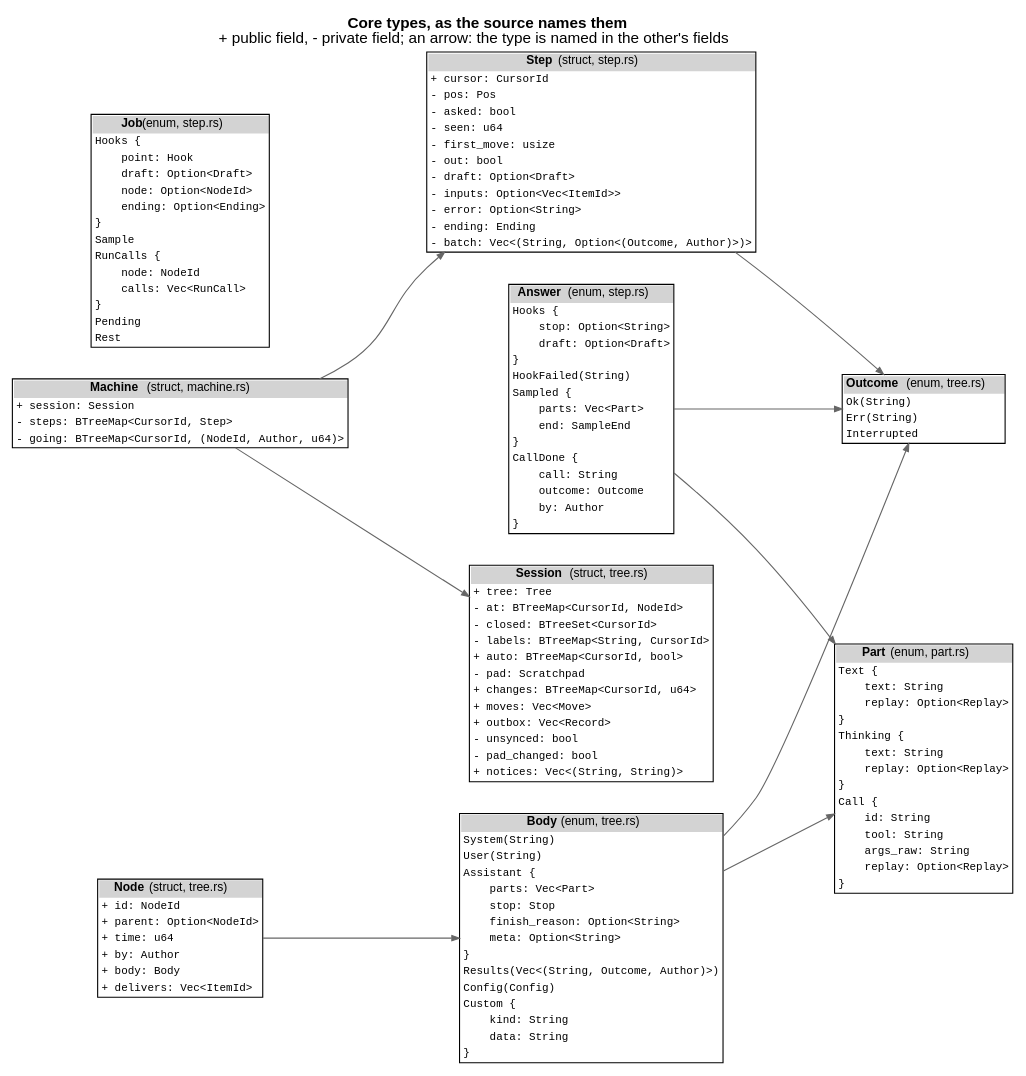
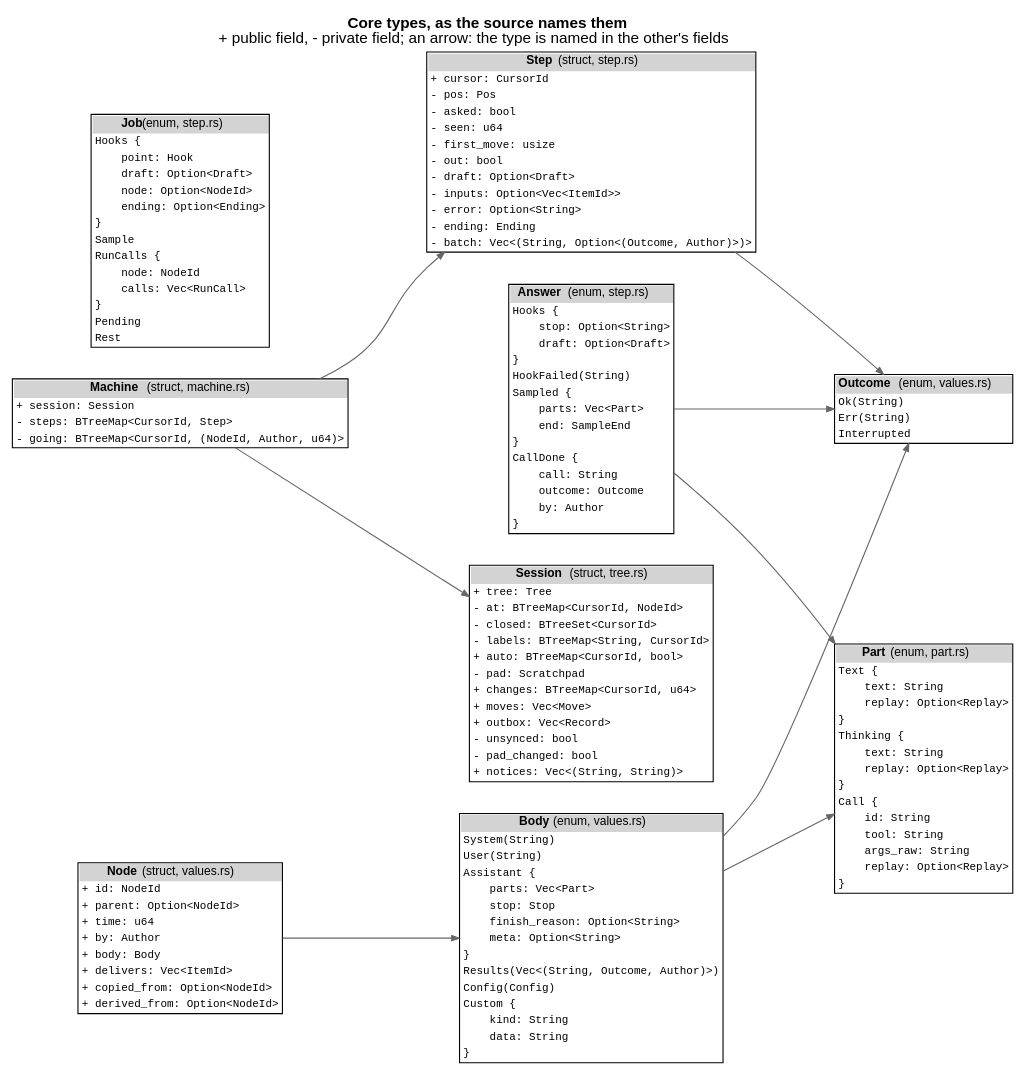
The diagram in docs/as-built/diagrams/types.dot (jmccardle/tau), drawn with Graphviz before and after one commit. The commit also changed 64 other files, not shown here.

```diff
--- a/docs/as-built/diagrams/types.dot
+++ b/docs/as-built/diagrams/types.dot
@@ -3,14 +3,14 @@
   graph [rankdir=LR, fontname="Helvetica", nodesep=0.4, ranksep=1.0, labelloc=t, label=<<b>Core types, as the source names them</b><br/>+ public field, - private field; an arrow: the type is named in the other's fields>];
   node [shape=plain, fontname="Helvetica", fontsize=11];
   edge [color="gray40", arrowsize=0.7];
-  "Body" [label=<<table border="1" cellborder="0" cellspacing="0"><tr><td bgcolor="lightgray"><b>Body</b> (enum, tree.rs)</td></tr><tr><td align="left" balign="left"><font face="Courier" point-size="10">System(String)</font></td></tr><tr><td align="left" balign="left"><font face="Courier" point-size="10">User(String)</font></td></tr><tr><td align="left" balign="left"><font face="Courier" point-size="10">Assistant&nbsp;{</font></td></tr><tr><td align="left" balign="left"><font face="Courier" point-size="10">&nbsp;&nbsp;&nbsp;&nbsp;parts:&nbsp;Vec&lt;Part&gt;</font></td></tr><tr><td align="left" balign="left"><font face="Courier" point-size="10">&nbsp;&nbsp;&nbsp;&nbsp;stop:&nbsp;Stop</font></td></tr><tr><td align="left" balign="left"><font face="Courier" point-size="10">&nbsp;&nbsp;&nbsp;&nbsp;finish_reason:&nbsp;Option&lt;String&gt;</font></td></tr><tr><td align="left" balign="left"><font face="Courier" point-size="10">&nbsp;&nbsp;&nbsp;&nbsp;meta:&nbsp;Option&lt;String&gt;</font></td></tr><tr><td align="left" balign="left"><font face="Courier" point-size="10">}</font></td></tr><tr><td align="left" balign="left"><font face="Courier" point-size="10">Results(Vec&lt;(String,&nbsp;Outcome,&nbsp;Author)&gt;)</font></td></tr><tr><td align="left" balign="left"><font face="Courier" point-size="10">Config(Config)</font></td></tr><tr><td align="left" balign="left"><font face="Courier" point-size="10">Custom&nbsp;{</font></td></tr><tr><td align="left" balign="left"><font face="Courier" point-size="10">&nbsp;&nbsp;&nbsp;&nbsp;kind:&nbsp;String</font></td></tr><tr><td align="left" balign="left"><font face="Courier" point-size="10">&nbsp;&nbsp;&nbsp;&nbsp;data:&nbsp;String</font></td></tr><tr><td align="left" balign="left"><font face="Courier" point-size="10">}</font></td></tr></table>>];
-  "Node" [label=<<table border="1" cellborder="0" cellspacing="0"><tr><td bgcolor="lightgray"><b>Node</b> (struct, tree.rs)</td></tr><tr><td align="left" balign="left"><font face="Courier" point-size="10">+&nbsp;id:&nbsp;NodeId</font></td></tr><tr><td align="left" balign="left"><font face="Courier" point-size="10">+&nbsp;parent:&nbsp;Option&lt;NodeId&gt;</font></td></tr><tr><td align="left" balign="left"><font face="Courier" point-size="10">+&nbsp;time:&nbsp;u64</font></td></tr><tr><td align="left" balign="left"><font face="Courier" point-size="10">+&nbsp;by:&nbsp;Author</font></td></tr><tr><td align="left" balign="left"><font face="Courier" point-size="10">+&nbsp;body:&nbsp;Body</font></td></tr><tr><td align="left" balign="left"><font face="Courier" point-size="10">+&nbsp;delivers:&nbsp;Vec&lt;ItemId&gt;</font></td></tr></table>>];
+  "Body" [label=<<table border="1" cellborder="0" cellspacing="0"><tr><td bgcolor="lightgray"><b>Body</b> (enum, values.rs)</td></tr><tr><td align="left" balign="left"><font face="Courier" point-size="10">System(String)</font></td></tr><tr><td align="left" balign="left"><font face="Courier" point-size="10">User(String)</font></td></tr><tr><td align="left" balign="left"><font face="Courier" point-size="10">Assistant&nbsp;{</font></td></tr><tr><td align="left" balign="left"><font face="Courier" point-size="10">&nbsp;&nbsp;&nbsp;&nbsp;parts:&nbsp;Vec&lt;Part&gt;</font></td></tr><tr><td align="left" balign="left"><font face="Courier" point-size="10">&nbsp;&nbsp;&nbsp;&nbsp;stop:&nbsp;Stop</font></td></tr><tr><td align="left" balign="left"><font face="Courier" point-size="10">&nbsp;&nbsp;&nbsp;&nbsp;finish_reason:&nbsp;Option&lt;String&gt;</font></td></tr><tr><td align="left" balign="left"><font face="Courier" point-size="10">&nbsp;&nbsp;&nbsp;&nbsp;meta:&nbsp;Option&lt;String&gt;</font></td></tr><tr><td align="left" balign="left"><font face="Courier" point-size="10">}</font></td></tr><tr><td align="left" balign="left"><font face="Courier" point-size="10">Results(Vec&lt;(String,&nbsp;Outcome,&nbsp;Author)&gt;)</font></td></tr><tr><td align="left" balign="left"><font face="Courier" point-size="10">Config(Config)</font></td></tr><tr><td align="left" balign="left"><font face="Courier" point-size="10">Custom&nbsp;{</font></td></tr><tr><td align="left" balign="left"><font face="Courier" point-size="10">&nbsp;&nbsp;&nbsp;&nbsp;kind:&nbsp;String</font></td></tr><tr><td align="left" balign="left"><font face="Courier" point-size="10">&nbsp;&nbsp;&nbsp;&nbsp;data:&nbsp;String</font></td></tr><tr><td align="left" balign="left"><font face="Courier" point-size="10">}</font></td></tr></table>>];
+  "Node" [label=<<table border="1" cellborder="0" cellspacing="0"><tr><td bgcolor="lightgray"><b>Node</b> (struct, values.rs)</td></tr><tr><td align="left" balign="left"><font face="Courier" point-size="10">+&nbsp;id:&nbsp;NodeId</font></td></tr><tr><td align="left" balign="left"><font face="Courier" point-size="10">+&nbsp;parent:&nbsp;Option&lt;NodeId&gt;</font></td></tr><tr><td align="left" balign="left"><font face="Courier" point-size="10">+&nbsp;time:&nbsp;u64</font></td></tr><tr><td align="left" balign="left"><font face="Courier" point-size="10">+&nbsp;by:&nbsp;Author</font></td></tr><tr><td align="left" balign="left"><font face="Courier" point-size="10">+&nbsp;body:&nbsp;Body</font></td></tr><tr><td align="left" balign="left"><font face="Courier" point-size="10">+&nbsp;delivers:&nbsp;Vec&lt;ItemId&gt;</font></td></tr><tr><td align="left" balign="left"><font face="Courier" point-size="10">+&nbsp;copied_from:&nbsp;Option&lt;NodeId&gt;</font></td></tr><tr><td align="left" balign="left"><font face="Courier" point-size="10">+&nbsp;derived_from:&nbsp;Option&lt;NodeId&gt;</font></td></tr></table>>];
   "Session" [label=<<table border="1" cellborder="0" cellspacing="0"><tr><td bgcolor="lightgray"><b>Session</b> (struct, tree.rs)</td></tr><tr><td align="left" balign="left"><font face="Courier" point-size="10">+&nbsp;tree:&nbsp;Tree</font></td></tr><tr><td align="left" balign="left"><font face="Courier" point-size="10">-&nbsp;at:&nbsp;BTreeMap&lt;CursorId,&nbsp;NodeId&gt;</font></td></tr><tr><td align="left" balign="left"><font face="Courier" point-size="10">-&nbsp;closed:&nbsp;BTreeSet&lt;CursorId&gt;</font></td></tr><tr><td align="left" balign="left"><font face="Courier" point-size="10">-&nbsp;labels:&nbsp;BTreeMap&lt;String,&nbsp;CursorId&gt;</font></td></tr><tr><td align="left" balign="left"><font face="Courier" point-size="10">+&nbsp;auto:&nbsp;BTreeMap&lt;CursorId,&nbsp;bool&gt;</font></td></tr><tr><td align="left" balign="left"><font face="Courier" point-size="10">-&nbsp;pad:&nbsp;Scratchpad</font></td></tr><tr><td align="left" balign="left"><font face="Courier" point-size="10">+&nbsp;changes:&nbsp;BTreeMap&lt;CursorId,&nbsp;u64&gt;</font></td></tr><tr><td align="left" balign="left"><font face="Courier" point-size="10">+&nbsp;moves:&nbsp;Vec&lt;Move&gt;</font></td></tr><tr><td align="left" balign="left"><font face="Courier" point-size="10">+&nbsp;outbox:&nbsp;Vec&lt;Record&gt;</font></td></tr><tr><td align="left" balign="left"><font face="Courier" point-size="10">-&nbsp;unsynced:&nbsp;bool</font></td></tr><tr><td align="left" balign="left"><font face="Courier" point-size="10">-&nbsp;pad_changed:&nbsp;bool</font></td></tr><tr><td align="left" balign="left"><font face="Courier" point-size="10">+&nbsp;notices:&nbsp;Vec&lt;(String,&nbsp;String)&gt;</font></td></tr></table>>];
   "Machine" [label=<<table border="1" cellborder="0" cellspacing="0"><tr><td bgcolor="lightgray"><b>Machine</b> (struct, machine.rs)</td></tr><tr><td align="left" balign="left"><font face="Courier" point-size="10">+&nbsp;session:&nbsp;Session</font></td></tr><tr><td align="left" balign="left"><font face="Courier" point-size="10">-&nbsp;steps:&nbsp;BTreeMap&lt;CursorId,&nbsp;Step&gt;</font></td></tr><tr><td align="left" balign="left"><font face="Courier" point-size="10">-&nbsp;going:&nbsp;BTreeMap&lt;CursorId,&nbsp;(NodeId,&nbsp;Author,&nbsp;u64)&gt;</font></td></tr></table>>];
   "Step" [label=<<table border="1" cellborder="0" cellspacing="0"><tr><td bgcolor="lightgray"><b>Step</b> (struct, step.rs)</td></tr><tr><td align="left" balign="left"><font face="Courier" point-size="10">+&nbsp;cursor:&nbsp;CursorId</font></td></tr><tr><td align="left" balign="left"><font face="Courier" point-size="10">-&nbsp;pos:&nbsp;Pos</font></td></tr><tr><td align="left" balign="left"><font face="Courier" point-size="10">-&nbsp;asked:&nbsp;bool</font></td></tr><tr><td align="left" balign="left"><font face="Courier" point-size="10">-&nbsp;seen:&nbsp;u64</font></td></tr><tr><td align="left" balign="left"><font face="Courier" point-size="10">-&nbsp;first_move:&nbsp;usize</font></td></tr><tr><td align="left" balign="left"><font face="Courier" point-size="10">-&nbsp;out:&nbsp;bool</font></td></tr><tr><td align="left" balign="left"><font face="Courier" point-size="10">-&nbsp;draft:&nbsp;Option&lt;Draft&gt;</font></td></tr><tr><td align="left" balign="left"><font face="Courier" point-size="10">-&nbsp;inputs:&nbsp;Option&lt;Vec&lt;ItemId&gt;&gt;</font></td></tr><tr><td align="left" balign="left"><font face="Courier" point-size="10">-&nbsp;error:&nbsp;Option&lt;String&gt;</font></td></tr><tr><td align="left" balign="left"><font face="Courier" point-size="10">-&nbsp;ending:&nbsp;Ending</font></td></tr><tr><td align="left" balign="left"><font face="Courier" point-size="10">-&nbsp;batch:&nbsp;Vec&lt;(String,&nbsp;Option&lt;(Outcome,&nbsp;Author)&gt;)&gt;</font></td></tr></table>>];
   "Job" [label=<<table border="1" cellborder="0" cellspacing="0"><tr><td bgcolor="lightgray"><b>Job</b> (enum, step.rs)</td></tr><tr><td align="left" balign="left"><font face="Courier" point-size="10">Hooks&nbsp;{</font></td></tr><tr><td align="left" balign="left"><font face="Courier" point-size="10">&nbsp;&nbsp;&nbsp;&nbsp;point:&nbsp;Hook</font></td></tr><tr><td align="left" balign="left"><font face="Courier" point-size="10">&nbsp;&nbsp;&nbsp;&nbsp;draft:&nbsp;Option&lt;Draft&gt;</font></td></tr><tr><td align="left" balign="left"><font face="Courier" point-size="10">&nbsp;&nbsp;&nbsp;&nbsp;node:&nbsp;Option&lt;NodeId&gt;</font></td></tr><tr><td align="left" balign="left"><font face="Courier" point-size="10">&nbsp;&nbsp;&nbsp;&nbsp;ending:&nbsp;Option&lt;Ending&gt;</font></td></tr><tr><td align="left" balign="left"><font face="Courier" point-size="10">}</font></td></tr><tr><td align="left" balign="left"><font face="Courier" point-size="10">Sample</font></td></tr><tr><td align="left" balign="left"><font face="Courier" point-size="10">RunCalls&nbsp;{</font></td></tr><tr><td align="left" balign="left"><font face="Courier" point-size="10">&nbsp;&nbsp;&nbsp;&nbsp;node:&nbsp;NodeId</font></td></tr><tr><td align="left" balign="left"><font face="Courier" point-size="10">&nbsp;&nbsp;&nbsp;&nbsp;calls:&nbsp;Vec&lt;RunCall&gt;</font></td></tr><tr><td align="left" balign="left"><font face="Courier" point-size="10">}</font></td></tr><tr><td align="left" balign="left"><font face="Courier" point-size="10">Pending</font></td></tr><tr><td align="left" balign="left"><font face="Courier" point-size="10">Rest</font></td></tr></table>>];
   "Answer" [label=<<table border="1" cellborder="0" cellspacing="0"><tr><td bgcolor="lightgray"><b>Answer</b> (enum, step.rs)</td></tr><tr><td align="left" balign="left"><font face="Courier" point-size="10">Hooks&nbsp;{</font></td></tr><tr><td align="left" balign="left"><font face="Courier" point-size="10">&nbsp;&nbsp;&nbsp;&nbsp;stop:&nbsp;Option&lt;String&gt;</font></td></tr><tr><td align="left" balign="left"><font face="Courier" point-size="10">&nbsp;&nbsp;&nbsp;&nbsp;draft:&nbsp;Option&lt;Draft&gt;</font></td></tr><tr><td align="left" balign="left"><font face="Courier" point-size="10">}</font></td></tr><tr><td align="left" balign="left"><font face="Courier" point-size="10">HookFailed(String)</font></td></tr><tr><td align="left" balign="left"><font face="Courier" point-size="10">Sampled&nbsp;{</font></td></tr><tr><td align="left" balign="left"><font face="Courier" point-size="10">&nbsp;&nbsp;&nbsp;&nbsp;parts:&nbsp;Vec&lt;Part&gt;</font></td></tr><tr><td align="left" balign="left"><font face="Courier" point-size="10">&nbsp;&nbsp;&nbsp;&nbsp;end:&nbsp;SampleEnd</font></td></tr><tr><td align="left" balign="left"><font face="Courier" point-size="10">}</font></td></tr><tr><td align="left" balign="left"><font face="Courier" point-size="10">CallDone&nbsp;{</font></td></tr><tr><td align="left" balign="left"><font face="Courier" point-size="10">&nbsp;&nbsp;&nbsp;&nbsp;call:&nbsp;String</font></td></tr><tr><td align="left" balign="left"><font face="Courier" point-size="10">&nbsp;&nbsp;&nbsp;&nbsp;outcome:&nbsp;Outcome</font></td></tr><tr><td align="left" balign="left"><font face="Courier" point-size="10">&nbsp;&nbsp;&nbsp;&nbsp;by:&nbsp;Author</font></td></tr><tr><td align="left" balign="left"><font face="Courier" point-size="10">}</font></td></tr></table>>];
-  "Outcome" [label=<<table border="1" cellborder="0" cellspacing="0"><tr><td bgcolor="lightgray"><b>Outcome</b> (enum, tree.rs)</td></tr><tr><td align="left" balign="left"><font face="Courier" point-size="10">Ok(String)</font></td></tr><tr><td align="left" balign="left"><font face="Courier" point-size="10">Err(String)</font></td></tr><tr><td align="left" balign="left"><font face="Courier" point-size="10">Interrupted</font></td></tr></table>>];
+  "Outcome" [label=<<table border="1" cellborder="0" cellspacing="0"><tr><td bgcolor="lightgray"><b>Outcome</b> (enum, values.rs)</td></tr><tr><td align="left" balign="left"><font face="Courier" point-size="10">Ok(String)</font></td></tr><tr><td align="left" balign="left"><font face="Courier" point-size="10">Err(String)</font></td></tr><tr><td align="left" balign="left"><font face="Courier" point-size="10">Interrupted</font></td></tr></table>>];
   "Part" [label=<<table border="1" cellborder="0" cellspacing="0"><tr><td bgcolor="lightgray"><b>Part</b> (enum, part.rs)</td></tr><tr><td align="left" balign="left"><font face="Courier" point-size="10">Text&nbsp;{</font></td></tr><tr><td align="left" balign="left"><font face="Courier" point-size="10">&nbsp;&nbsp;&nbsp;&nbsp;text:&nbsp;String</font></td></tr><tr><td align="left" balign="left"><font face="Courier" point-size="10">&nbsp;&nbsp;&nbsp;&nbsp;replay:&nbsp;Option&lt;Replay&gt;</font></td></tr><tr><td align="left" balign="left"><font face="Courier" point-size="10">}</font></td></tr><tr><td align="left" balign="left"><font face="Courier" point-size="10">Thinking&nbsp;{</font></td></tr><tr><td align="left" balign="left"><font face="Courier" point-size="10">&nbsp;&nbsp;&nbsp;&nbsp;text:&nbsp;String</font></td></tr><tr><td align="left" balign="left"><font face="Courier" point-size="10">&nbsp;&nbsp;&nbsp;&nbsp;replay:&nbsp;Option&lt;Replay&gt;</font></td></tr><tr><td align="left" balign="left"><font face="Courier" point-size="10">}</font></td></tr><tr><td align="left" balign="left"><font face="Courier" point-size="10">Call&nbsp;{</font></td></tr><tr><td align="left" balign="left"><font face="Courier" point-size="10">&nbsp;&nbsp;&nbsp;&nbsp;id:&nbsp;String</font></td></tr><tr><td align="left" balign="left"><font face="Courier" point-size="10">&nbsp;&nbsp;&nbsp;&nbsp;tool:&nbsp;String</font></td></tr><tr><td align="left" balign="left"><font face="Courier" point-size="10">&nbsp;&nbsp;&nbsp;&nbsp;args_raw:&nbsp;String</font></td></tr><tr><td align="left" balign="left"><font face="Courier" point-size="10">&nbsp;&nbsp;&nbsp;&nbsp;replay:&nbsp;Option&lt;Replay&gt;</font></td></tr><tr><td align="left" balign="left"><font face="Courier" point-size="10">}</font></td></tr></table>>];
   "Body" -> "Part";
   "Body" -> "Outcome";
```
